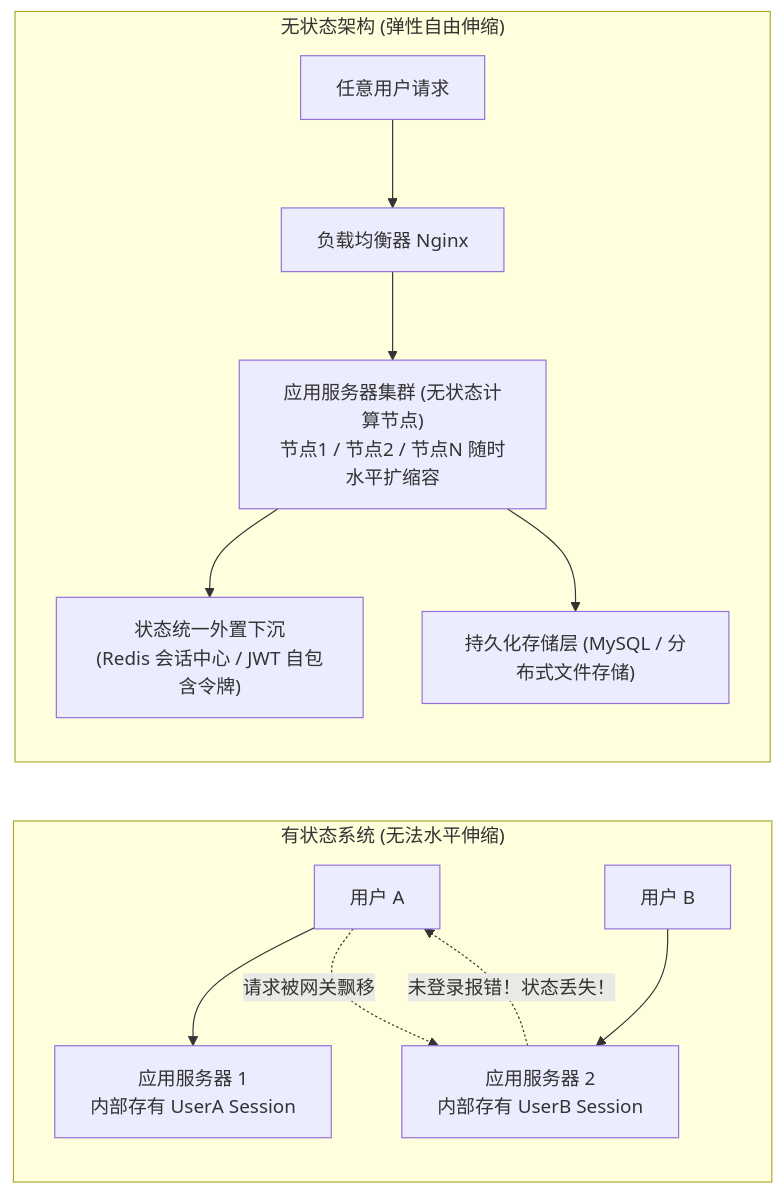
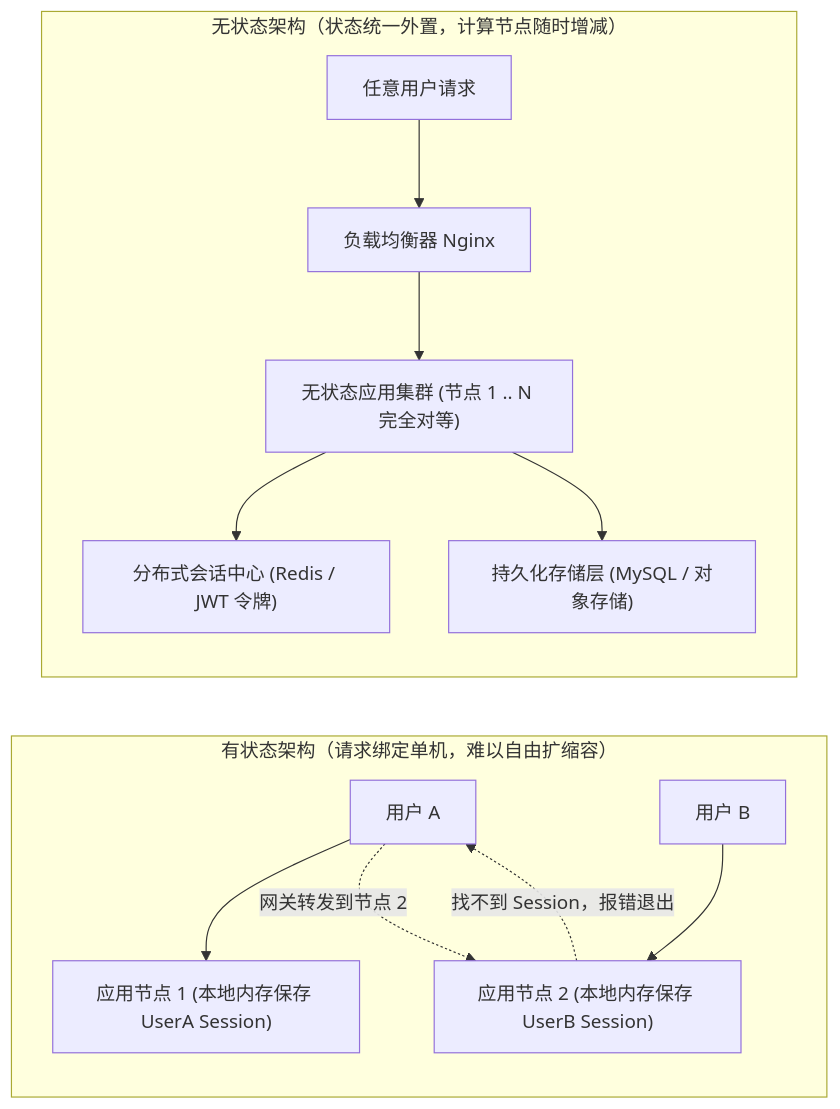
Before and after one commit to GuoWWWX/knowledge-base: the fourth of 4 diagrams in 20-Java后端/08-系统设计/01-高并发架构设计.md, drawn with Mermaid. The commit also changed other lines of this file and 251 other files, not shown here.

````diff
--- a/20-Java后端/08-系统设计/01-高并发架构设计.md
+++ b/20-Java后端/08-系统设计/01-高并发架构设计.md
@@ -272,16 +289,16 @@
 ```mermaid
-graph LR
-    subgraph "有状态系统 (无法水平伸缩)"
-        UserA[用户 A] --> Server1[应用服务器 1<br/>内部存有 UserA Session]
-        UserB[用户 B] --> Server2[应用服务器 2<br/>内部存有 UserB Session]
-        UserA -.->|"请求被网关飘移"| Server2
-        Server2 -.->|"未登录报错！状态丢失！"| UserA
+flowchart LR
+    subgraph Stateful["有状态架构（请求绑定单机，难以自由扩缩容）"]
+        UserA["用户 A"] --> Server1["应用节点 1 (本地内存保存 UserA Session)"]
+        UserB["用户 B"] --> Server2["应用节点 2 (本地内存保存 UserB Session)"]
+        UserA -.->|"网关转发到节点 2"| Server2
+        Server2 -.->|"找不到 Session，报错退出"| UserA
     end
 
-    subgraph "无状态架构 (弹性自由伸缩)"
-        UserAll[任意用户请求] --> SLB[负载均衡器 Nginx]
-        SLB --> AppCluster["应用服务器集群 (无状态计算节点)<br/>节点1 / 节点2 / 节点N 随时水平扩缩容"]
-        AppCluster --> ExtSession["状态统一外置下沉<br/>(Redis 会话中心 / JWT 自包含令牌)"]
-        AppCluster --> ExtStorage["持久化存储层 (MySQL / 分布式文件存储)"]
+    subgraph Stateless["无状态架构（状态统一外置，计算节点随时增减）"]
+        UserAll["任意用户请求"] --> SLB["负载均衡器 Nginx"]
+        SLB --> AppCluster["无状态应用集群 (节点 1 .. N 完全对等)"]
+        AppCluster --> ExtSession["分布式会话中心 (Redis / JWT 令牌)"]
+        AppCluster --> ExtStorage["持久化存储层 (MySQL / 对象存储)"]
     end
 ```
````
